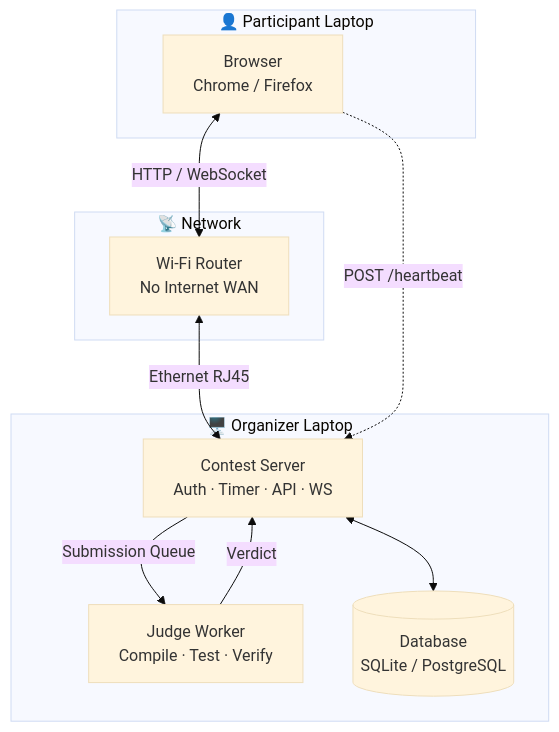
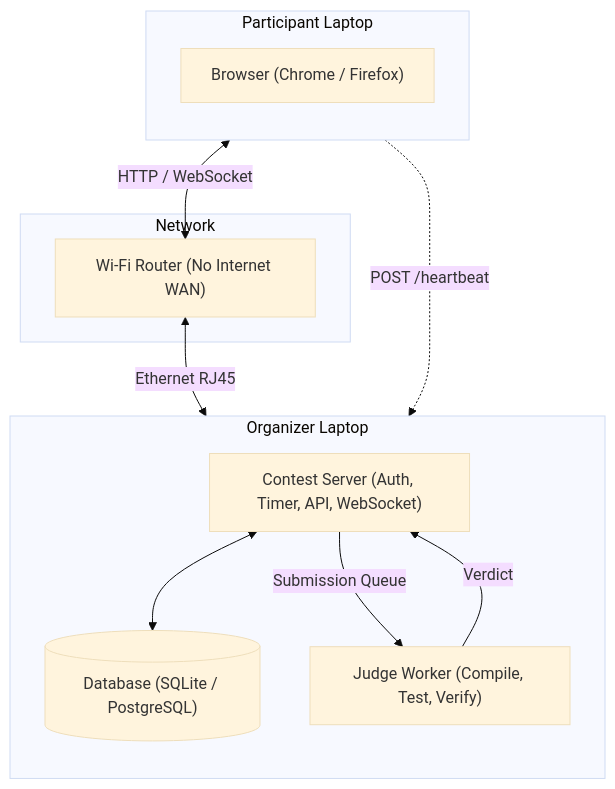
Before and after one commit to mrinmoyChakraborty-mrinox/ByteArena: the first of 8 diagrams in README.md, drawn with Mermaid (base theme). The commit also changed other lines of this file, not shown here.

First line of the commit message:
fix: resolve Mermaid diagram rendering issues on GitHub

````diff
--- a/README.md
+++ b/README.md
@@ -20,23 +20,25 @@
 ```mermaid
-graph TB
-    subgraph Participant["👤 Participant Laptop"]
-        B[Browser<br/>Chrome / Firefox]
+flowchart TB
+    subgraph Participant["Participant Laptop"]
+        direction TB
+        B["Browser (Chrome / Firefox)"]
     end
 
-    subgraph Server["🖥️ Organizer Laptop"]
-        CS[Contest Server<br/>Auth · Timer · API · WS]
-        JW[Judge Worker<br/>Compile · Test · Verify]
-        DB[(Database<br/>SQLite / PostgreSQL)]
+    subgraph Server["Organizer Laptop"]
+        direction TB
+        CS["Contest Server (Auth, Timer, API, WebSocket)"]
+        JW["Judge Worker (Compile, Test, Verify)"]
+        DB[("Database (SQLite / PostgreSQL)")]
     end
 
-    subgraph Network["📡 Network"]
-        R[Wi-Fi Router<br/>No Internet WAN]
+    subgraph Network["Network"]
+        R["Wi-Fi Router (No Internet WAN)"]
     end
 
     B <-->|HTTP / WebSocket| R
     R <-->|Ethernet RJ45| CS
     CS <--> DB
     CS -->|Submission Queue| JW
     JW -->|Verdict| CS
     B -.->|POST /heartbeat| CS
 ```
````
